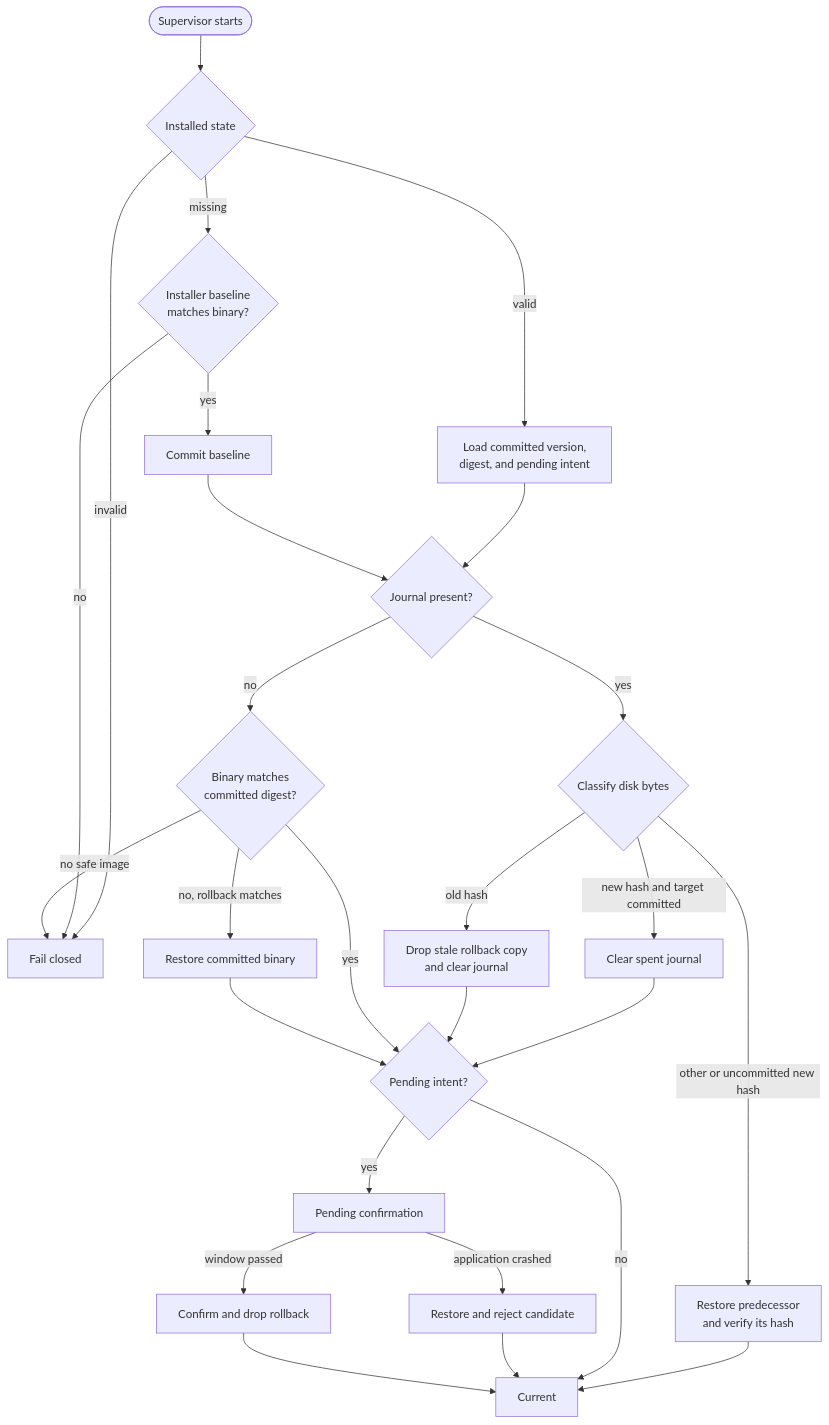
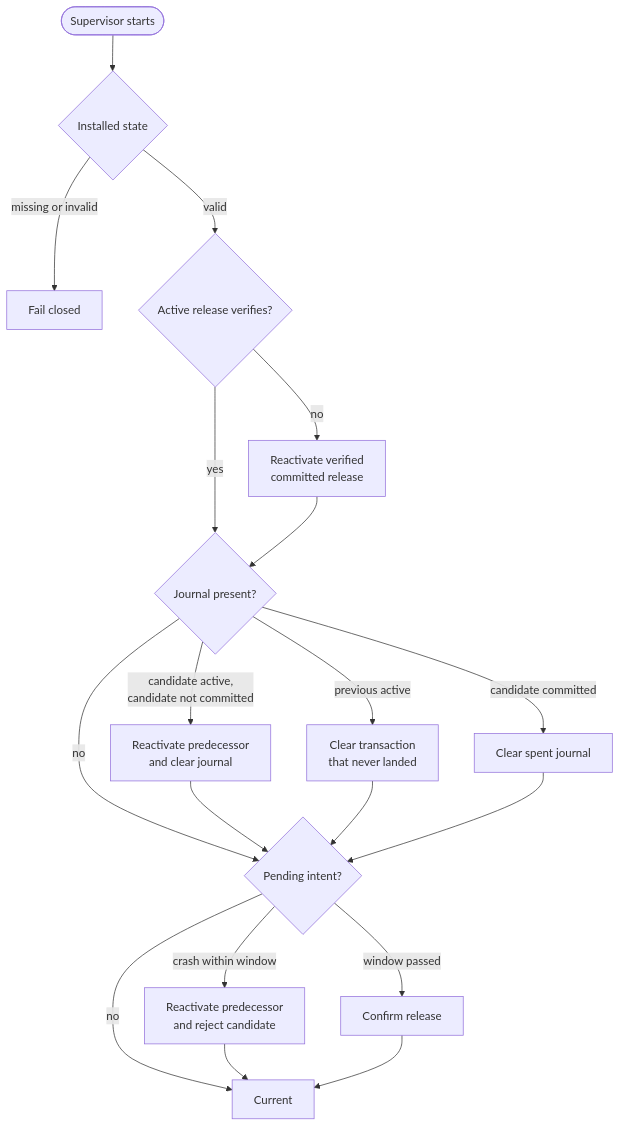
Before and after one commit to evan-hines-js/updatedc: the third of 5 diagrams in README.md, drawn with Mermaid. The commit also changed other lines of this file and 6 other files, not shown here.

````diff
--- a/README.md
+++ b/README.md
@@ -492,30 +512,19 @@
 ```mermaid
 flowchart TD
     Start([Supervisor starts]) --> V{Installed state}
-    V -->|missing| B{Installer baseline<br/>matches binary?}
-    V -->|invalid| Failed[Fail closed]
-    V -->|valid| L[Load committed version,<br/>digest, and pending intent]
-    B -->|yes| BC[Commit baseline]
-    B -->|no| Failed
-
-    L --> J{Journal present?}
-    BC --> J
-    J -->|yes| R{Classify disk bytes}
-    R -->|new hash and target committed| CJ[Clear spent journal]
-    R -->|old hash| NJ[Drop stale rollback copy<br/>and clear journal]
-    R -->|other or uncommitted new hash| RB[Restore predecessor<br/>and verify its hash]
-    CJ --> Ready{Pending intent?}
-    NJ --> Ready
-    RB --> Current[Current]
-
-    J -->|no| D{Binary matches<br/>committed digest?}
-    D -->|yes| Ready
-    D -->|no, rollback matches| DR[Restore committed binary] --> Ready
-    D -->|no safe image| Failed
-
-    Ready -->|no| Current
-    Ready -->|yes| Pending[Pending confirmation]
-
-    Pending -->|application crashed| PR[Restore and reject candidate] --> Current
-    Pending -->|window passed| PC[Confirm and drop rollback] --> Current
+    V -->|missing or invalid| Failed[Fail closed]
+    V -->|valid| A{Active release verifies?}
+    A -->|no| Restore[Reactivate verified<br/>committed release]
+    A -->|yes| J{Journal present?}
+    Restore --> J
+    J -->|no| Ready{Pending intent?}
+    J -->|candidate active,<br/>candidate not committed| Rollback[Reactivate predecessor<br/>and clear journal]
+    J -->|previous active| Clear[Clear transaction<br/>that never landed]
+    J -->|candidate committed| Spent[Clear spent journal]
+    Rollback --> Ready
+    Clear --> Ready
+    Spent --> Ready
+    Ready -->|no| Current[Current]
+    Ready -->|crash within window| Revert[Reactivate predecessor<br/>and reject candidate] --> Current
+    Ready -->|window passed| Confirm[Confirm release] --> Current
 ```
````
